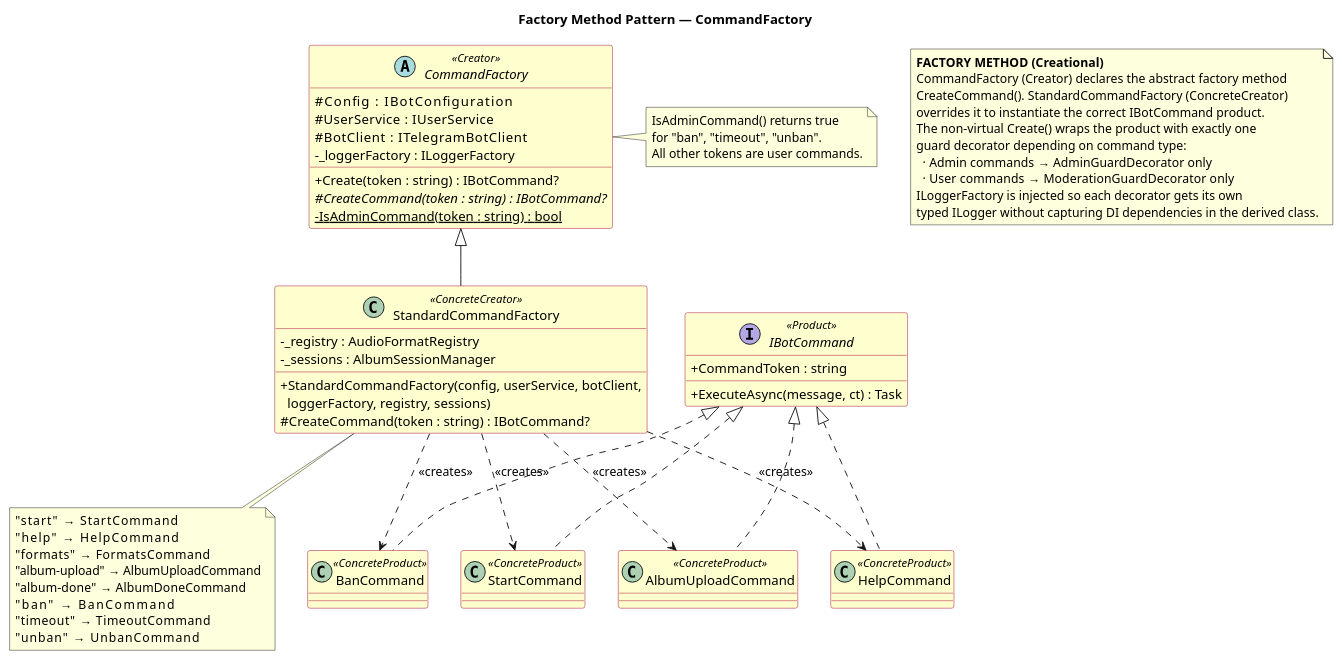
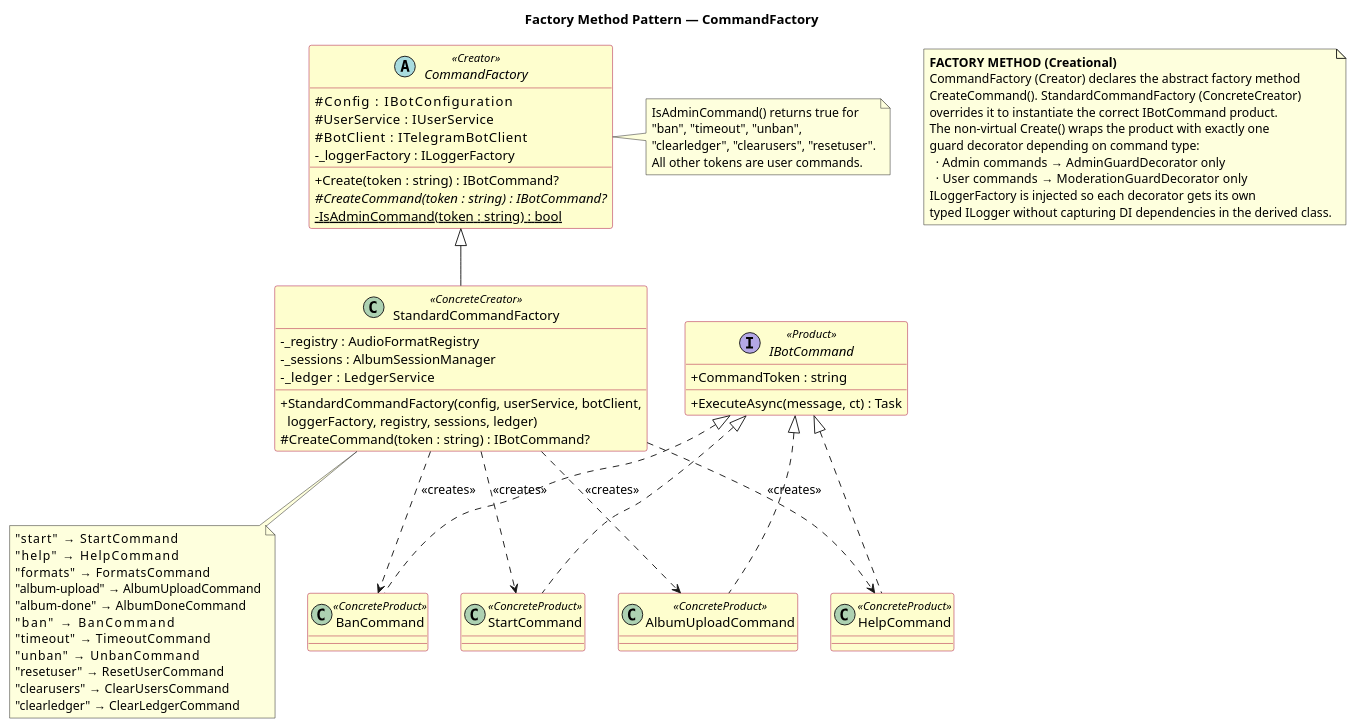
Before and after one commit to Heiwa03/NurFlac: the diagram in UML_Diagrams/02_FactoryMethod.puml, drawn with PlantUML. The commit also changed 7 other files, not shown here.

First line of the commit message:
chore(diagrams,docs): sync UML diagrams, report, and presentation with new admin commands

```diff
--- a/UML_Diagrams/02_FactoryMethod.puml
+++ b/UML_Diagrams/02_FactoryMethod.puml
@@ -1,80 +1,85 @@
 @startuml FactoryMethod_CommandFactory
 ' If any modifications are done to the classes participating in this pattern,
 ' this diagram must be updated accordingly.
 
 title Factory Method Pattern — CommandFactory
 
 skinparam classAttributeIconSize 0
 skinparam class {
   BackgroundColor #FEFECE
   BorderColor #A80036
 }
 
 note as N1
   <b>FACTORY METHOD (Creational)</b>
   CommandFactory (Creator) declares the abstract factory method
   CreateCommand(). StandardCommandFactory (ConcreteCreator)
   overrides it to instantiate the correct IBotCommand product.
   The non-virtual Create() wraps the product with exactly one
   guard decorator depending on command type:
     · Admin commands  → AdminGuardDecorator only
     · User commands   → ModerationGuardDecorator only
   ILoggerFactory is injected so each decorator gets its own
   typed ILogger without capturing DI dependencies in the derived class.
 end note
 
 interface IBotCommand << Product >> {
   + CommandToken : string
   + ExecuteAsync(message, ct) : Task
 }
 
 abstract class CommandFactory << Creator >> {
   # Config         : IBotConfiguration
   # UserService    : IUserService
   # BotClient      : ITelegramBotClient
   - _loggerFactory : ILoggerFactory
   + Create(token : string) : IBotCommand?
   # {abstract} CreateCommand(token : string) : IBotCommand?
   - {static} IsAdminCommand(token : string) : bool
 }
 
 note right of CommandFactory
-  IsAdminCommand() returns true
-  for "ban", "timeout", "unban".
+  IsAdminCommand() returns true for
+  "ban", "timeout", "unban",
+  "clearledger", "clearusers", "resetuser".
   All other tokens are user commands.
 end note
 
 class StandardCommandFactory << ConcreteCreator >> {
   - _registry : AudioFormatRegistry
   - _sessions : AlbumSessionManager
-  + StandardCommandFactory(config, userService, botClient,\n  loggerFactory, registry, sessions)
+  - _ledger   : LedgerService
+  + StandardCommandFactory(config, userService, botClient,\n  loggerFactory, registry, sessions, ledger)
   # CreateCommand(token : string) : IBotCommand?
 }
 
 note bottom of StandardCommandFactory
   "start"        → StartCommand
   "help"         → HelpCommand
   "formats"      → FormatsCommand
   "album-upload" → AlbumUploadCommand
   "album-done"   → AlbumDoneCommand
   "ban"          → BanCommand
   "timeout"      → TimeoutCommand
   "unban"        → UnbanCommand
+  "resetuser"    → ResetUserCommand
+  "clearusers"   → ClearUsersCommand
+  "clearledger"  → ClearLedgerCommand
 end note
 
 class StartCommand       << ConcreteProduct >>
 class HelpCommand        << ConcreteProduct >>
 class AlbumUploadCommand << ConcreteProduct >>
 class BanCommand         << ConcreteProduct >>
 
 CommandFactory <|-- StandardCommandFactory
 IBotCommand <|.. StartCommand
 IBotCommand <|.. HelpCommand
 IBotCommand <|.. AlbumUploadCommand
 IBotCommand <|.. BanCommand
 StandardCommandFactory ..> StartCommand       : <<creates>>
 StandardCommandFactory ..> HelpCommand        : <<creates>>
 StandardCommandFactory ..> AlbumUploadCommand : <<creates>>
 StandardCommandFactory ..> BanCommand         : <<creates>>
 
 @enduml
```
